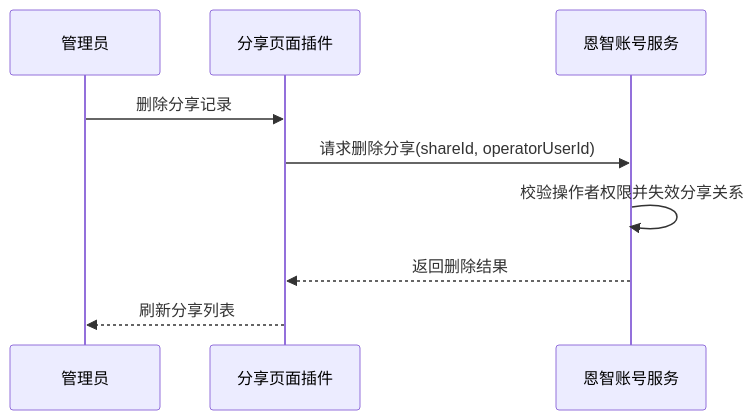
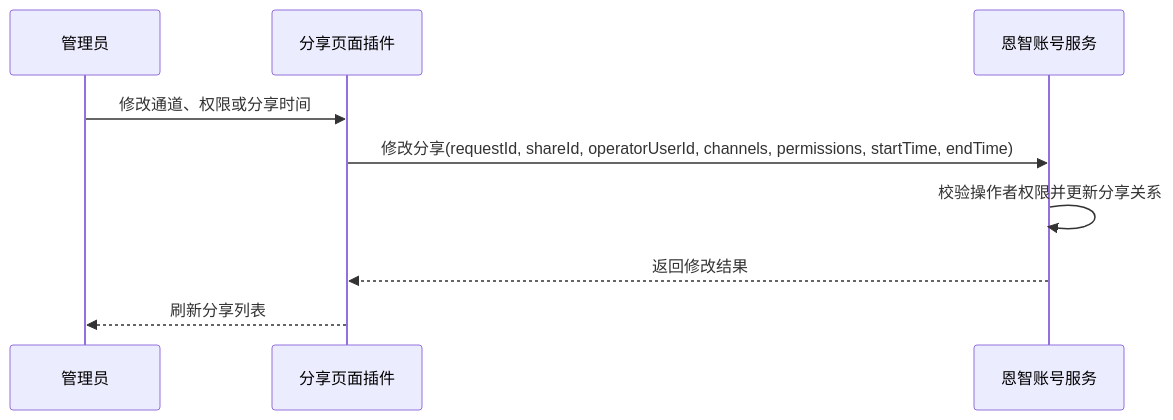
Before and after one commit to itmanlee/IoT-Device-Plugin-Framework: the eighth of 16 diagrams in App端物联网设备模块插件化开发方案.md, drawn with Mermaid. The commit also changed other lines of this file, not shown here.

````diff
--- a/App端物联网设备模块插件化开发方案.md
+++ b/App端物联网设备模块插件化开发方案.md
@@ -273,12 +274,12 @@
 ```mermaid
 sequenceDiagram
     participant Admin as 管理员
     participant Plugin as 分享页面插件
     participant EZ as 恩智账号服务
 
-    Admin->>Plugin: 删除分享记录
-    Plugin->>EZ: 请求删除分享(shareId, operatorUserId)
-    EZ->>EZ: 校验操作者权限并失效分享关系
-    EZ-->>Plugin: 返回删除结果
+    Admin->>Plugin: 修改通道、权限或分享时间
+    Plugin->>EZ: 修改分享(requestId, shareId, operatorUserId, channels, permissions, startTime, endTime)
+    EZ->>EZ: 校验操作者权限并更新分享关系
+    EZ-->>Plugin: 返回修改结果
     Plugin-->>Admin: 刷新分享列表
 ```
````
